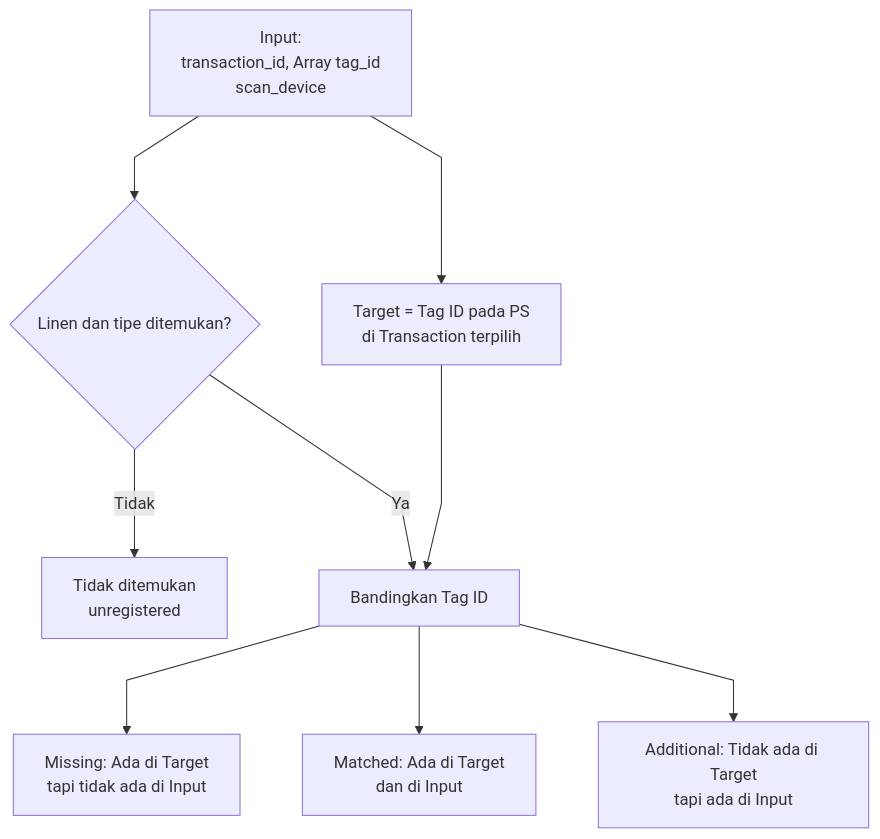
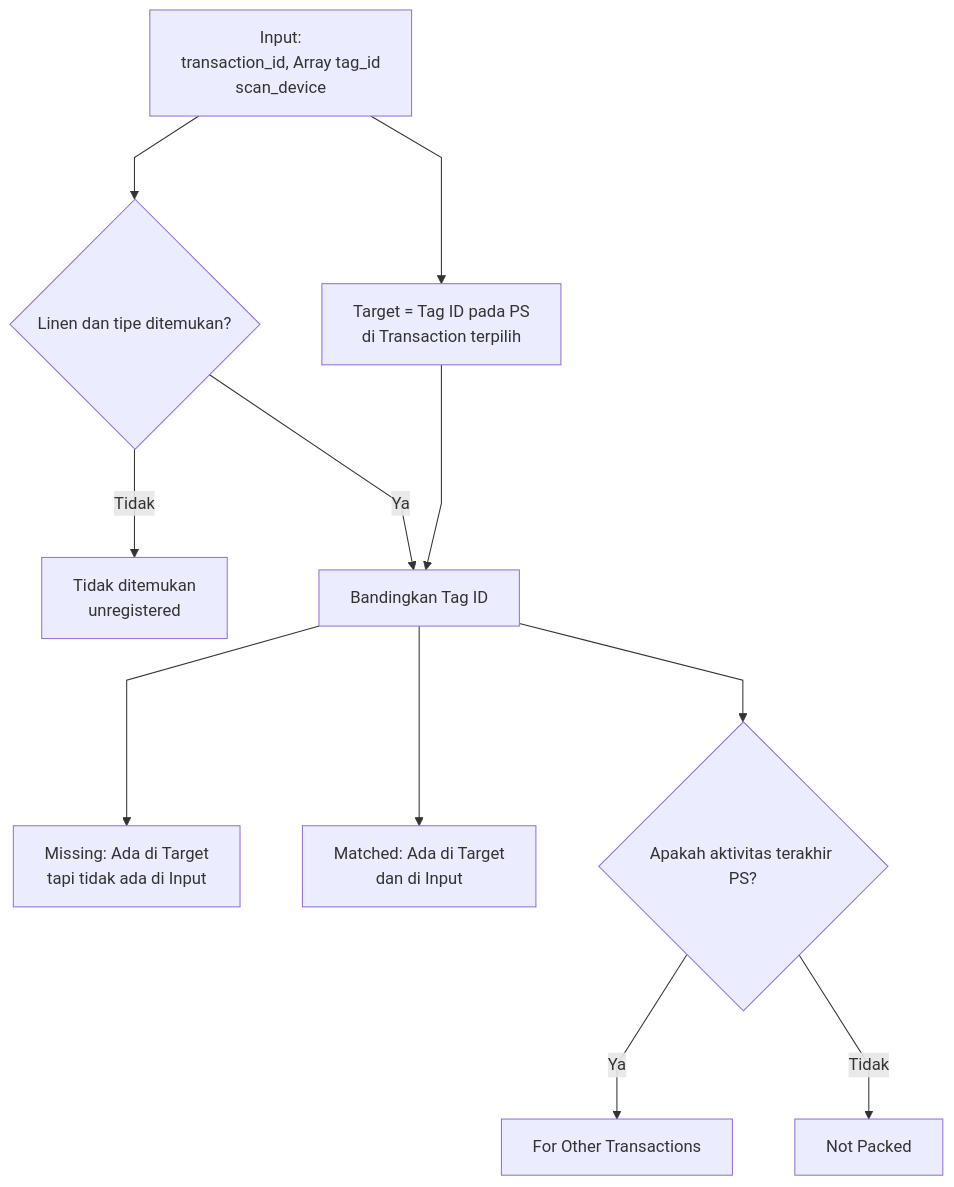
The second of 3 diagrams in laundry-activities/driver-pickup-clean.md (bagaskrmn/bac-flow-laundry), drawn with Mermaid before and after one commit. The commit also changed 1 other file, not shown here.

Commit message:
fix DPC dan IC

````diff
--- a/laundry-activities/driver-pickup-clean.md
+++ b/laundry-activities/driver-pickup-clean.md
@@ -14,16 +14,20 @@
 ```mermaid
 %%{init: {'flowchart': {'curve': 'linear', 'nodeSpacing': 60, 'rankSpacing': 80, 'diagramPadding': 24}}}%%
 flowchart TD
     N_IN["Input:<br/>transaction_id, Array tag_id<br/>scan_device"]
     N_IN --> N_MASTER{"Linen dan tipe ditemukan?"}
     N_MASTER -->|Tidak| N_UNREG["Tidak ditemukan<br/>unregistered"]
 
     N_IN --> N_OSS["Target = Tag ID pada PS<br/>di Transaction terpilih"]
     N_MASTER -->|Ya| N_COMP["Bandingkan Tag ID"]
     N_OSS --> N_COMP
 
     N_COMP -->N_MS["Missing: Ada di Target<br/>tapi tidak ada di Input"]
     N_COMP -->N_MATCH["Matched: Ada di Target<br/>dan di Input"]
-    N_COMP -->N_ADD["Additional: Tidak ada di Target<br/>tapi ada di Input"]
+    N_COMP -->N_PS{"Apakah aktivitas terakhir PS?"}
+    N_PS -->|Ya| N_LASTPS["For Other Transactions"]
+    N_PS -->|Tidak| N_LASTNOTPS["Not Packed"]
+
+    class N_PS,N_LASTPS,N_LASTNOTPS danger
 
 ```
````
